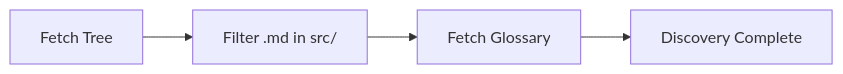
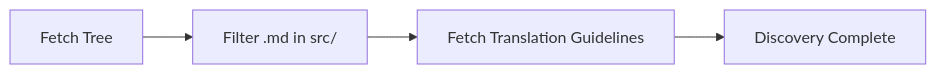
The third of 9 diagrams in docs/WORKFLOW.md (NivaldoFarias/translate-react), drawn with Mermaid before and after one commit. The commit also changed other lines of this file and 14 other files, not shown here.

First line of the commit message:
feat(services): add translation guidelines auto-discovery and rename glossary

````diff
--- a/docs/WORKFLOW.md
+++ b/docs/WORKFLOW.md
@@ -80,6 +80,6 @@
 ```mermaid
 flowchart LR
     A[Fetch Tree] --> B[Filter .md in src/]
-    B --> C[Fetch Glossary]
+    B --> C[Fetch Translation Guidelines]
     C --> D[Discovery Complete]
 ```
````
